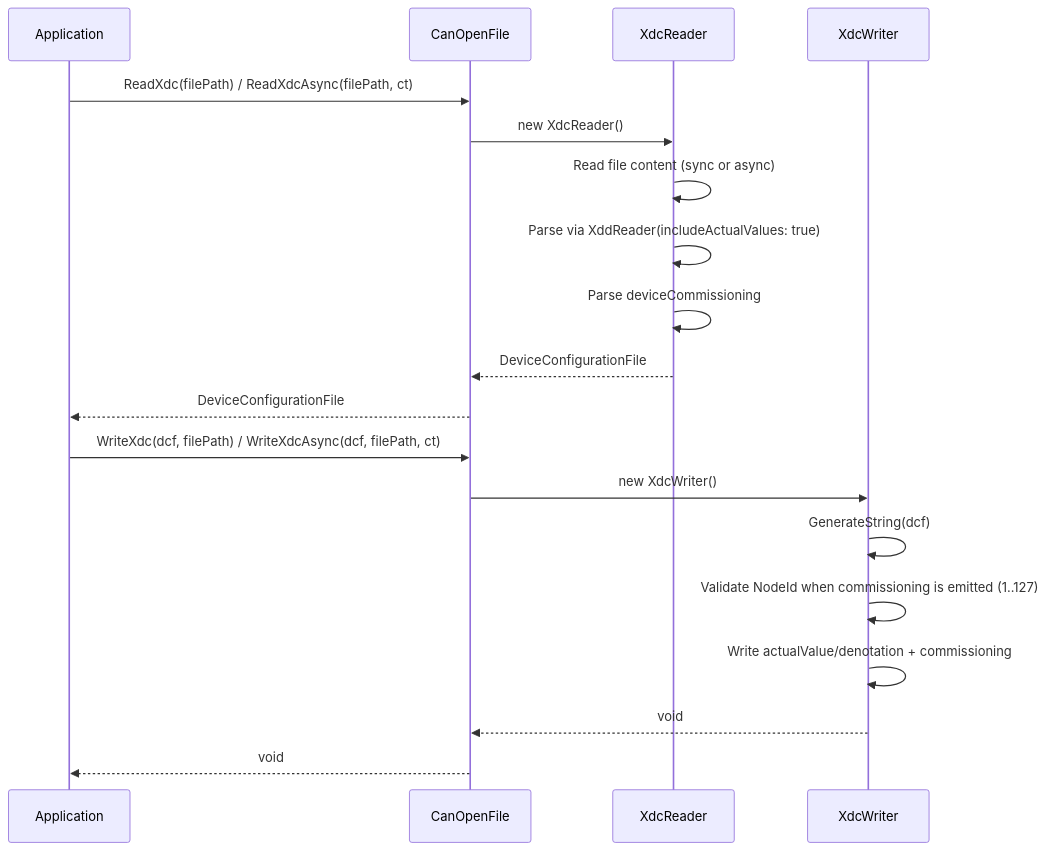
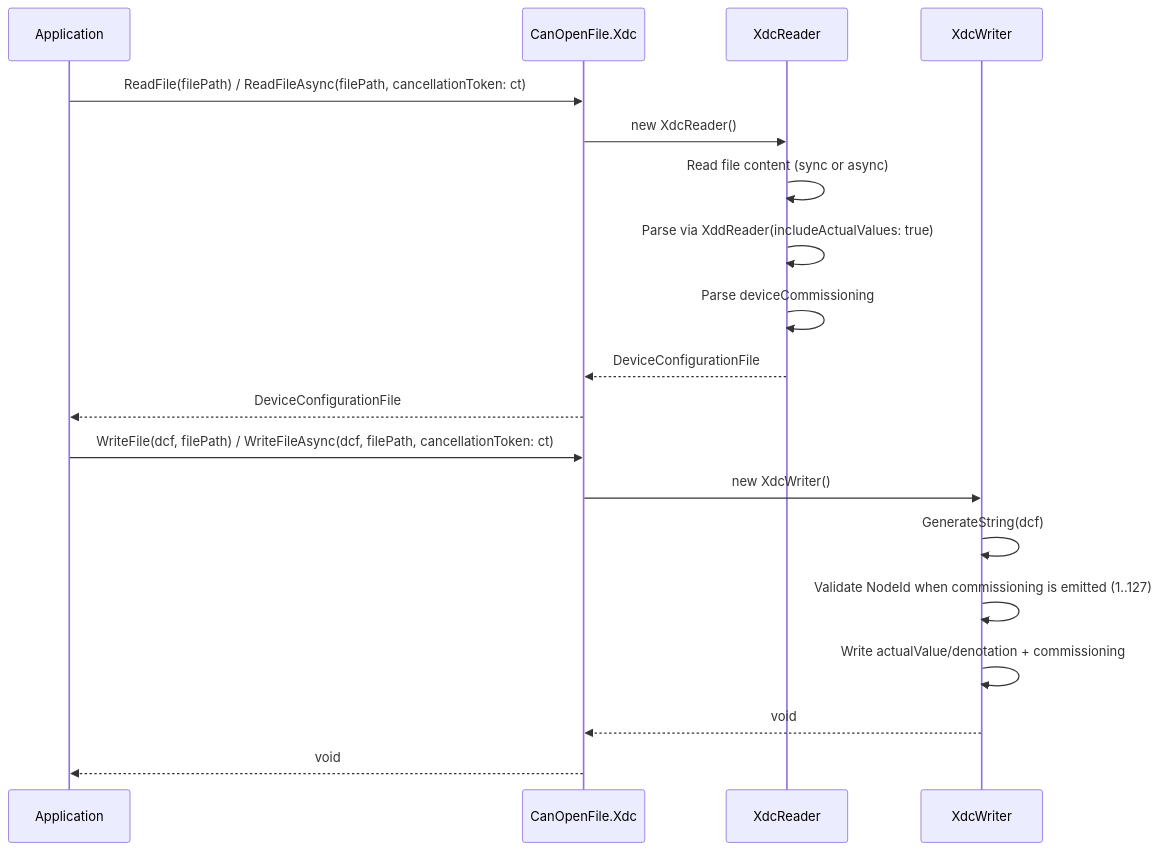
Before and after one commit to dborgards/eds-dcf-net: the eighth of 9 diagrams in docs/architecture/06-runtime-view.md, drawn with Mermaid. The commit also changed other lines of this file and 7 other files, not shown here.

First line of the commit message:
docs: align architecture docs, remarks, examples, README with 1.13 surface (#547) (#552)

````diff
--- a/docs/architecture/06-runtime-view.md
+++ b/docs/architecture/06-runtime-view.md
@@ -150,23 +188,23 @@
 ```mermaid
 sequenceDiagram
     participant App as Application
-    participant CF as CanOpenFile
+    participant CF as CanOpenFile.Xdc
     participant XR as XdcReader
     participant XW as XdcWriter
 
-    App->>CF: ReadXdc(filePath) / ReadXdcAsync(filePath, ct)
+    App->>CF: ReadFile(filePath) / ReadFileAsync(filePath, cancellationToken: ct)
     CF->>XR: new XdcReader()
     XR->>XR: Read file content (sync or async)
     XR->>XR: Parse via XddReader(includeActualValues: true)
     XR->>XR: Parse deviceCommissioning
     XR-->>CF: DeviceConfigurationFile
     CF-->>App: DeviceConfigurationFile
 
-    App->>CF: WriteXdc(dcf, filePath) / WriteXdcAsync(dcf, filePath, ct)
+    App->>CF: WriteFile(dcf, filePath) / WriteFileAsync(dcf, filePath, cancellationToken: ct)
     CF->>XW: new XdcWriter()
     XW->>XW: GenerateString(dcf)
     XW->>XW: Validate NodeId when commissioning is emitted (1..127)
     XW->>XW: Write actualValue/denotation + commissioning
     XW-->>CF: void
     CF-->>App: void
 ```
````
